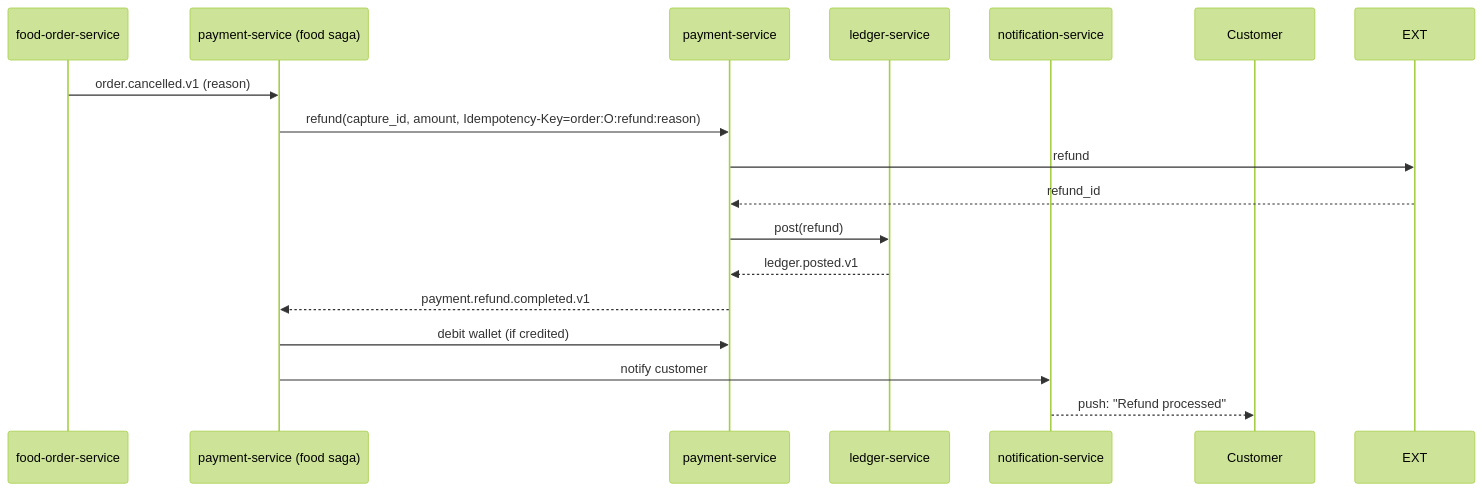
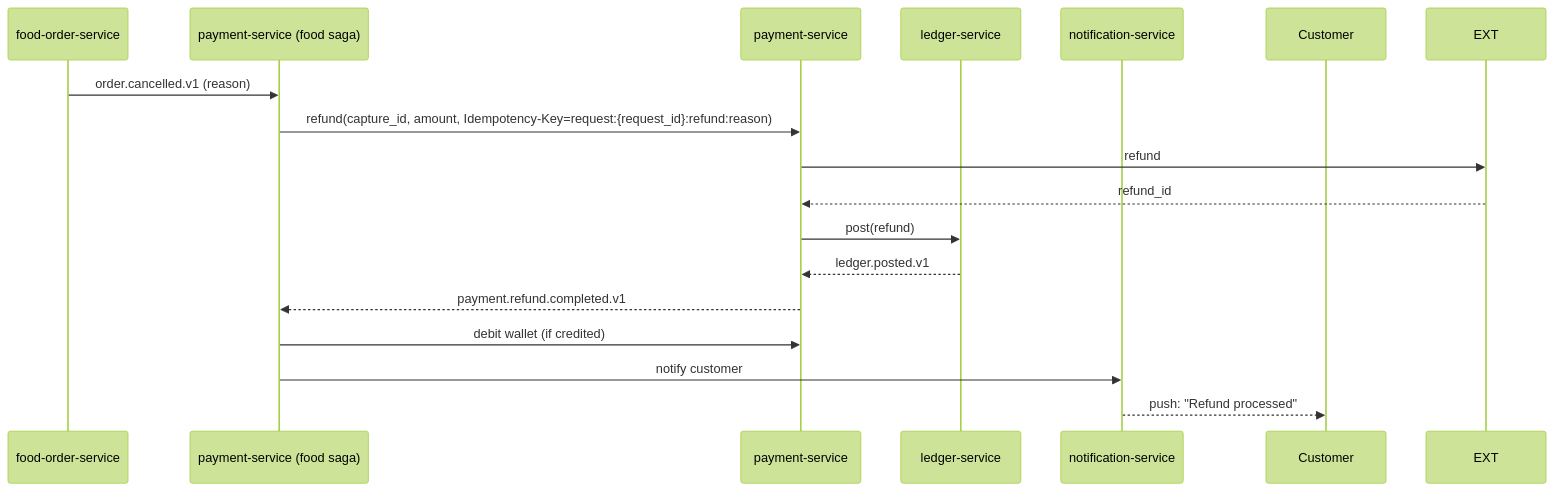
Before and after one commit to mohamedhabibwork/trips-enjoy-docs: the first of 6 diagrams in docs/workflows/REFUND_WORKFLOWS.md, drawn with Mermaid (forest theme). The commit also changed other lines of this file and 201 other files, not shown here.

````diff
--- a/docs/workflows/REFUND_WORKFLOWS.md
+++ b/docs/workflows/REFUND_WORKFLOWS.md
@@ -29,20 +29,20 @@
 ```mermaid
 sequenceDiagram
     participant FOR as food-order-service
     participant SAGA as payment-service (food saga)
     participant PAY as payment-service
     participant LD as ledger-service
     participant NOT as notification-service
     participant C as Customer
 
     FOR->>SAGA: order.cancelled.v1 (reason)
-    SAGA->>PAY: refund(capture_id, amount, Idempotency-Key=order:O:refund:reason)
+    SAGA->>PAY: refund(capture_id, amount, Idempotency-Key=request:{request_id}:refund:reason)
     PAY->>EXT: refund
     EXT-->>PAY: refund_id
     PAY->>LD: post(refund)
     LD-->>PAY: ledger.posted.v1
     PAY-->>SAGA: payment.refund.completed.v1
     SAGA->>PAY: debit wallet (if credited)
     SAGA->>NOT: notify customer
     NOT-->>C: push: "Refund processed"
 ```
````
